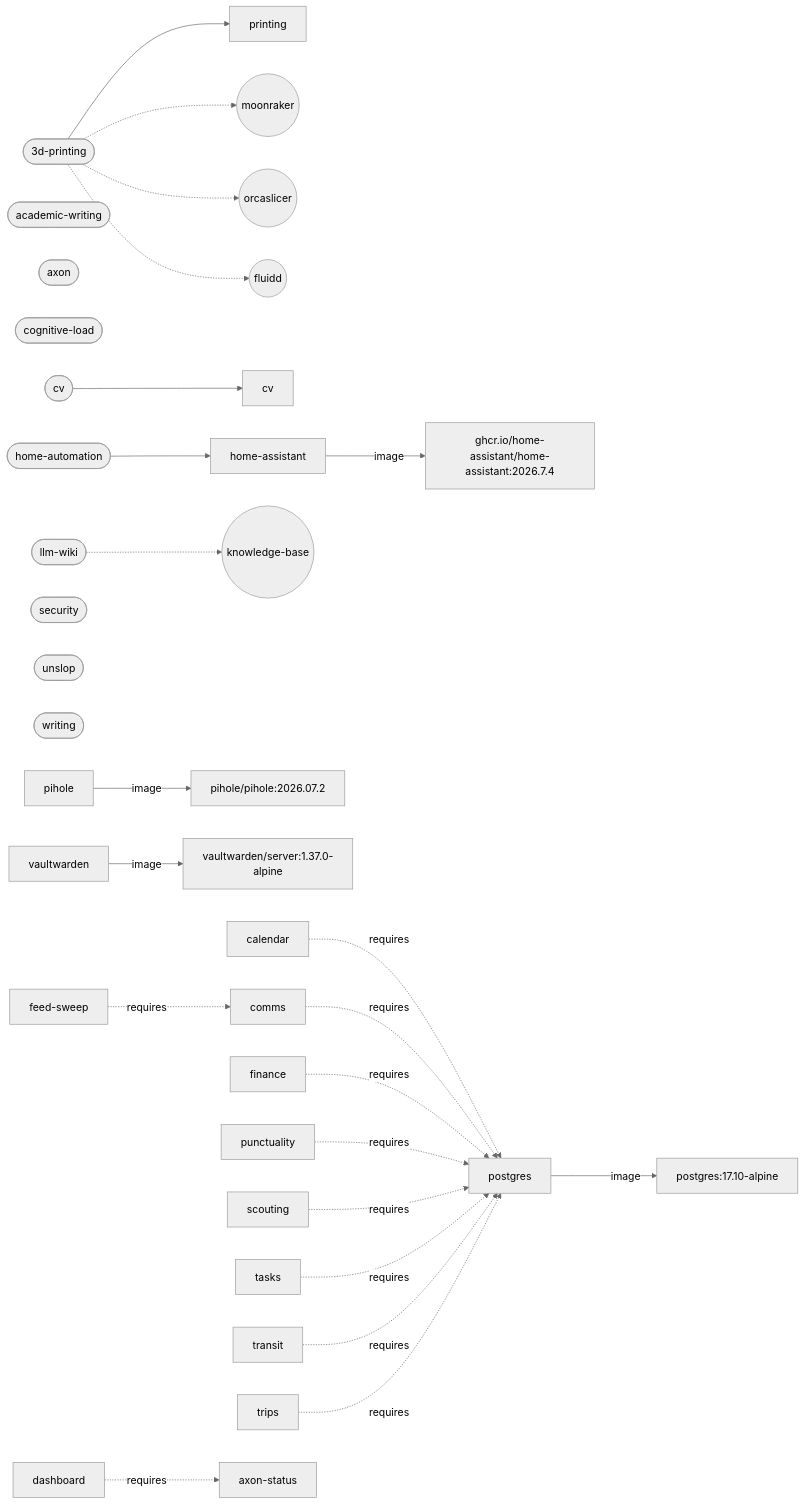
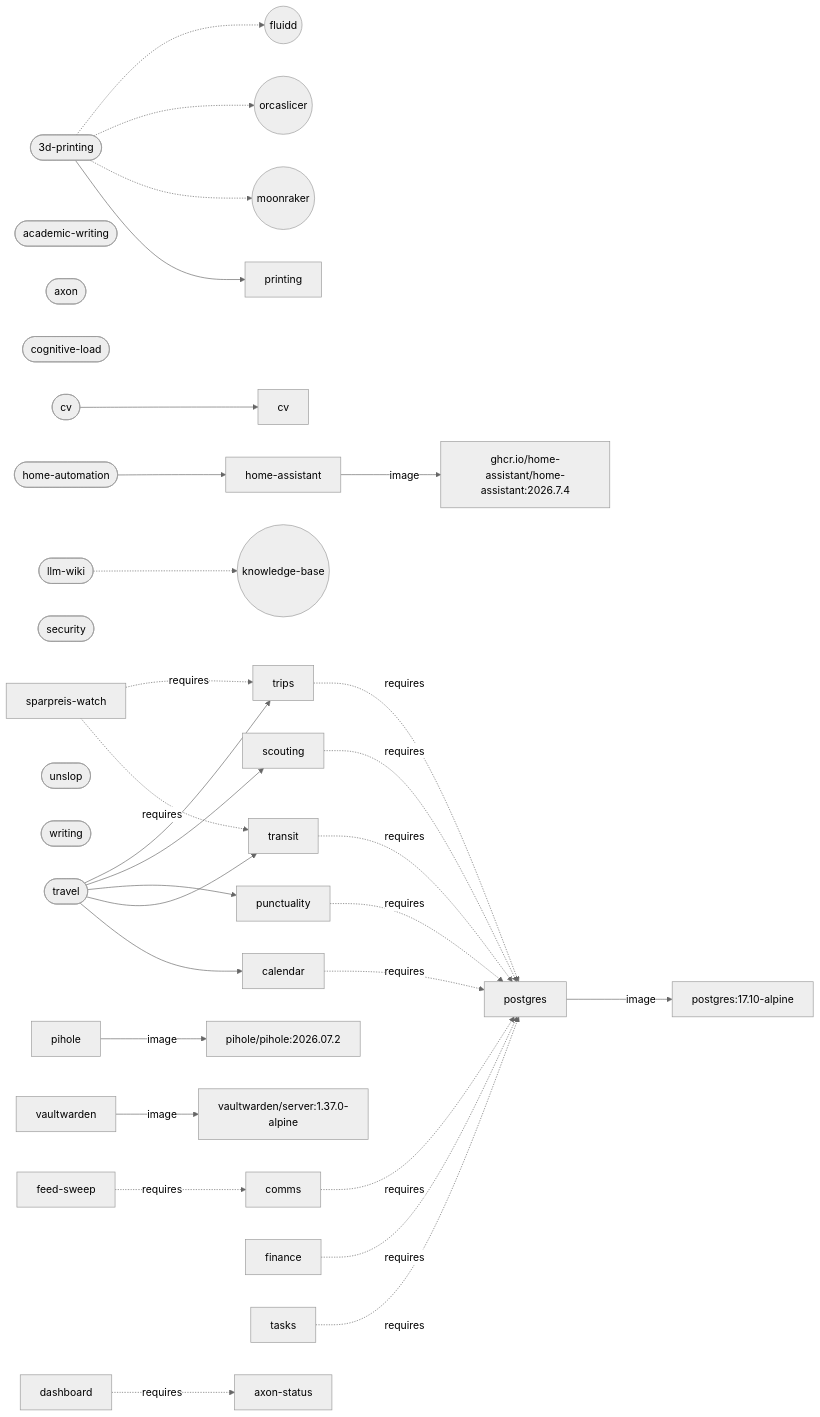
Before and after one commit to larsboes/Axon: the diagram in ARCHITECTURE.md, drawn with Mermaid (neutral theme). The commit also changed other lines of this file and 19 other files, not shown here.

````diff
--- a/ARCHITECTURE.md
+++ b/ARCHITECTURE.md
@@ -130,34 +131,42 @@
 ```mermaid
 flowchart LR
   pack_3d_printing(["3d-printing"])
   pack_3d_printing --> cap_printing["printing"]
   pack_3d_printing -.-> sys_moonraker(("moonraker"))
   pack_3d_printing -.-> sys_orcaslicer(("orcaslicer"))
   pack_3d_printing -.-> sys_fluidd(("fluidd"))
   pack_academic_writing(["academic-writing"])
   pack_axon(["axon"])
   pack_cognitive_load(["cognitive-load"])
   pack_cv(["cv"])
   pack_cv --> cap_cv["cv"]
   pack_home_automation(["home-automation"])
   pack_home_automation --> cap_home_assistant["home-assistant"]
   pack_llm_wiki(["llm-wiki"])
   pack_llm_wiki -.-> sys_knowledge_base(("knowledge-base"))
   pack_security(["security"])
+  pack_travel(["travel"])
+  pack_travel --> cap_calendar["calendar"]
+  pack_travel --> cap_transit["transit"]
+  pack_travel --> cap_punctuality["punctuality"]
+  pack_travel --> cap_scouting["scouting"]
+  pack_travel --> cap_trips["trips"]
   pack_unslop(["unslop"])
   pack_writing(["writing"])
   cap_home_assistant["home-assistant"] -->|image| img_ghcr_io_home_assistant_home_assistant["ghcr.io/home-assistant/home-assistant:2026.7.4"]
   cap_pihole["pihole"] -->|image| img_pihole_pihole["pihole/pihole:2026.07.2"]
   cap_postgres["postgres"] -->|image| img_postgres["postgres:17.10-alpine"]
   cap_vaultwarden["vaultwarden"] -->|image| img_vaultwarden_server["vaultwarden/server:1.37.0-alpine"]
   cap_calendar["calendar"] -.->|requires| cap_postgres["postgres"]
   cap_comms["comms"] -.->|requires| cap_postgres["postgres"]
   cap_feed_sweep["feed-sweep"] -.->|requires| cap_comms["comms"]
   cap_finance["finance"] -.->|requires| cap_postgres["postgres"]
   cap_punctuality["punctuality"] -.->|requires| cap_postgres["postgres"]
   cap_scouting["scouting"] -.->|requires| cap_postgres["postgres"]
+  cap_sparpreis_watch["sparpreis-watch"] -.->|requires| cap_transit["transit"]
+  cap_sparpreis_watch["sparpreis-watch"] -.->|requires| cap_trips["trips"]
   cap_tasks["tasks"] -.->|requires| cap_postgres["postgres"]
   cap_transit["transit"] -.->|requires| cap_postgres["postgres"]
   cap_trips["trips"] -.->|requires| cap_postgres["postgres"]
   cap_dashboard["dashboard"] -.->|requires| cap_axon_status["axon-status"]
 ```
````
